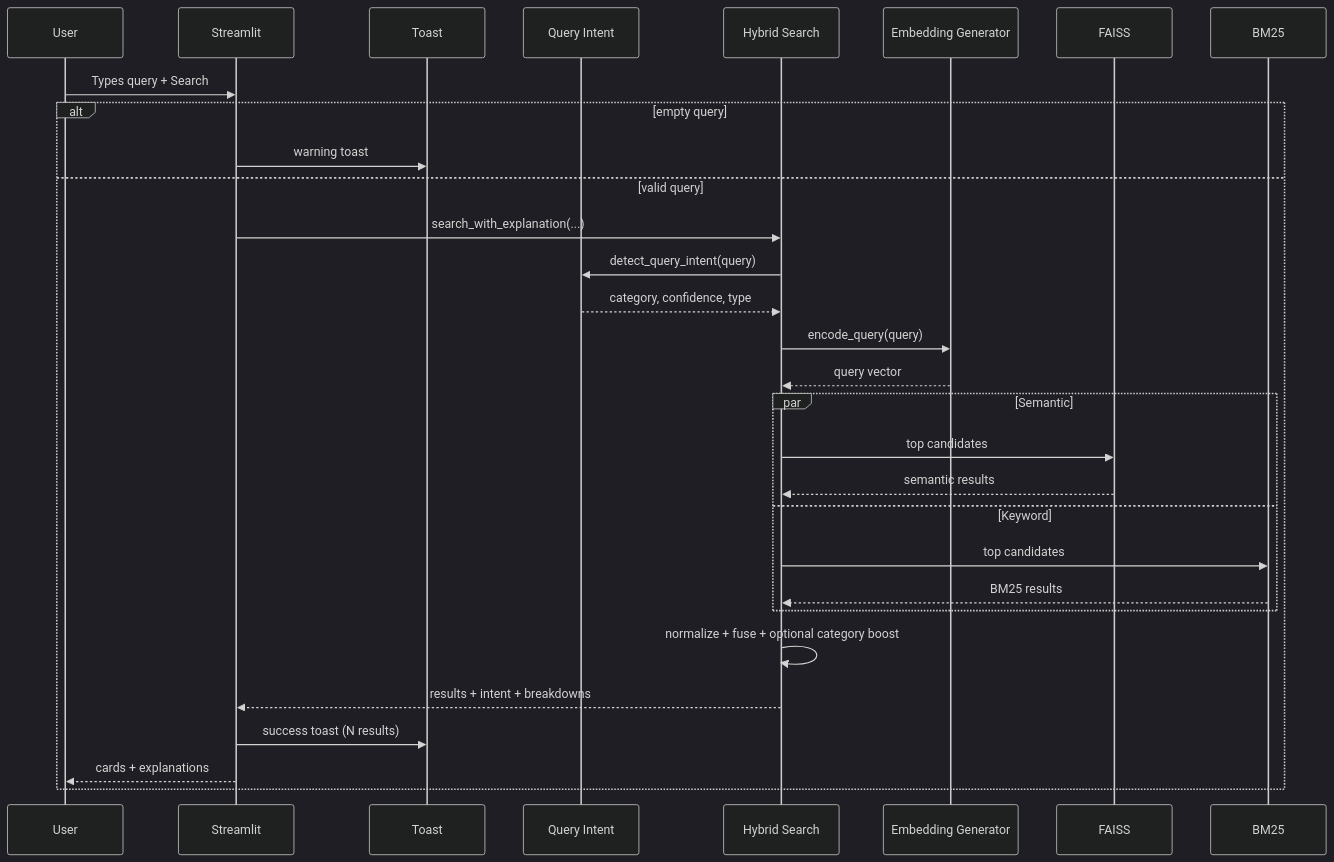
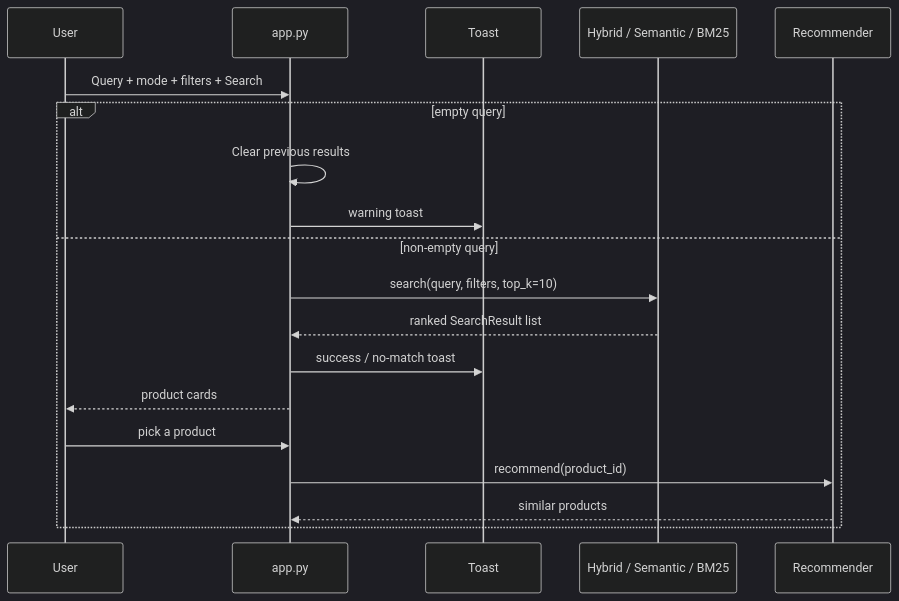
Before and after one commit to kaajal-niranjan/search-engine: the second of 3 diagrams in docs/DATA_FLOW.md, drawn with Mermaid (dark theme). The commit also changed other lines of this file and 9 other files, not shown here.

````diff
--- a/docs/DATA_FLOW.md
+++ b/docs/DATA_FLOW.md
@@ -94,33 +47,22 @@
 ```mermaid
 sequenceDiagram
     participant U as User
-    participant UI as Streamlit
+    participant UI as app.py
     participant T as Toast
-    participant I as Query Intent
-    participant H as Hybrid Search
-    participant E as Embedding Generator
-    participant F as FAISS
-    participant B as BM25
+    participant H as Hybrid / Semantic / BM25
+    participant R as Recommender
 
-    U->>UI: Types query + Search
+    U->>UI: Query + mode + filters + Search
     alt empty query
+        UI->>UI: Clear previous results
         UI->>T: warning toast
-    else valid query
-        UI->>H: search_with_explanation(...)
-        H->>I: detect_query_intent(query)
-        I-->>H: category, confidence, type
-        H->>E: encode_query(query)
-        E-->>H: query vector
-        par Semantic
-            H->>F: top candidates
-            F-->>H: semantic results
-        and Keyword
-            H->>B: top candidates
-            B-->>H: BM25 results
-        end
-        H->>H: normalize + fuse + optional category boost
-        H-->>UI: results + intent + breakdowns
-        UI->>T: success toast (N results)
-        UI-->>U: cards + explanations
+    else non-empty query
+        UI->>H: search(query, filters, top_k=10)
+        H-->>UI: ranked SearchResult list
+        UI->>T: success / no-match toast
+        UI-->>U: product cards
+        U->>UI: pick a product
+        UI->>R: recommend(product_id)
+        R-->>UI: similar products
     end
 ```
````
